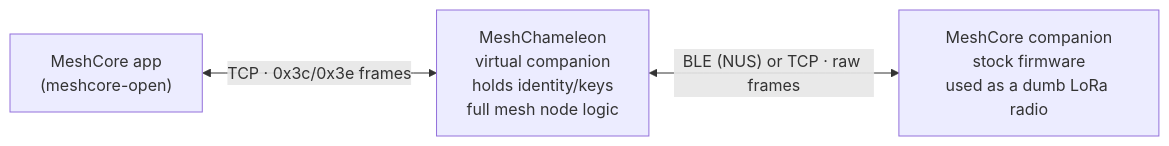
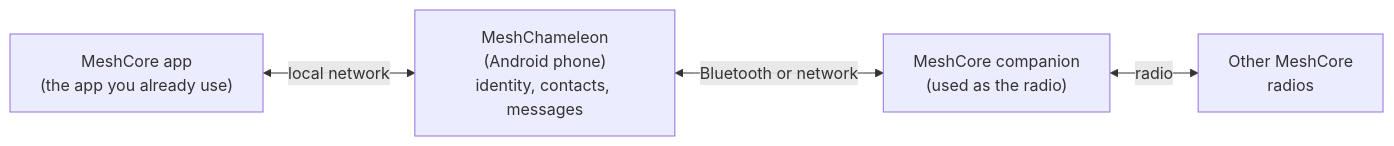
Before and after one commit to jhuebert/MeshChameleon: the diagram in README.md, drawn with Mermaid. The commit also changed other lines of this file and 1 other file, not shown here.

````diff
--- a/README.md
+++ b/README.md
@@ -8,9 +71,11 @@
 ```mermaid
 flowchart LR
-    client["MeshCore app<br/>(meshcore-open)"]
-    proxy["MeshChameleon<br/>virtual companion<br/>holds identity/keys<br/>full mesh node logic"]
-    radio["MeshCore companion<br/>stock firmware<br/>used as a dumb LoRa radio"]
+    app["MeshCore app<br/>(the app you already use)"]
+    phone["MeshChameleon<br/>(Android phone)<br/>identity, contacts, messages"]
+    radio["MeshCore companion<br/>(used as the radio)"]
+    mesh["Other MeshCore<br/>radios"]
 
-    client <-->|"TCP · 0x3c/0x3e frames"| proxy
-    proxy <-->|"BLE (NUS) or TCP · raw frames"| radio
+    app <-->|"local network"| phone
+    phone <-->|"Bluetooth or network"| radio
+    radio <-->|"radio"| mesh
 ```
````
